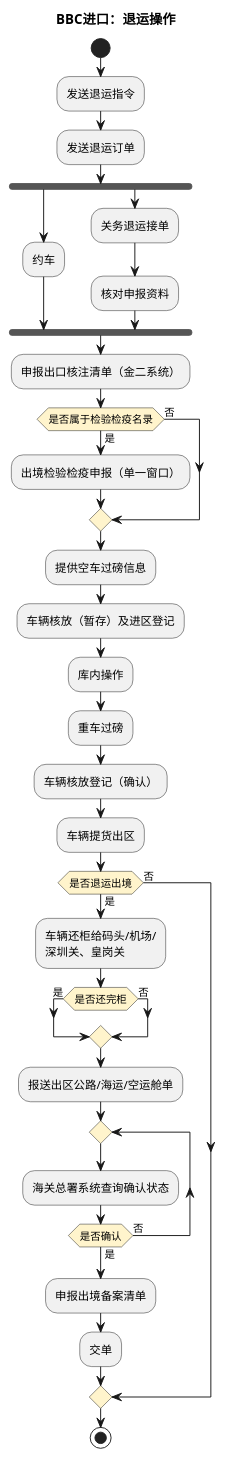
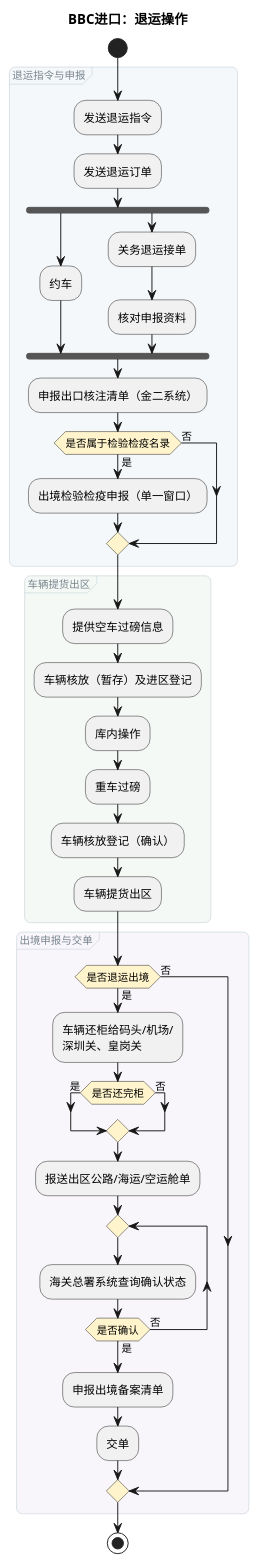
Before and after one commit to jack888332/projects-doc: the eighth of 12 diagrams in product-caliber/goldjet/segmented-prd/mainflow/PRD.高捷物流系统一期.主流程.06.跨境电商BBC进口详细流程.md, drawn with PlantUML. The commit also changed other lines of this file and 16 other files, not shown here.

Commit message:
给DSL图分组

````diff
--- a/product-caliber/goldjet/segmented-prd/mainflow/PRD.高捷物流系统一期.主流程.06.跨境电商BBC进口详细流程.md
+++ b/product-caliber/goldjet/segmented-prd/mainflow/PRD.高捷物流系统一期.主流程.06.跨境电商BBC进口详细流程.md
@@ -301,40 +415,58 @@
 ```plantuml
 @startuml
 skinparam activityDiamondBackgroundColor #FFF4CC
+<style>
+activityDiagram {
+  group {
+    LineColor #CAD5DA
+    LineThickness 0.7
+    RoundCorner 12
+    FontColor #78848D
+    FontSize 11
+    FontStyle plain
+  }
+}
+</style>
 title BBC进口：退运操作
 start
+group 退运指令与申报 #F4F8FA {
 :发送退运指令;
 :发送退运订单;
 fork
   :约车;
 fork again
   :关务退运接单;
   :核对申报资料;
 end fork
 :申报出口核注清单（金二系统）;
 if (是否属于检验检疫名录) then (是)
   :出境检验检疫申报（单一窗口）;
 else (否)
 endif
+}
+group 车辆提货出区 #F5F9F6 {
 :提供空车过磅信息;
 :车辆核放（暂存）及进区登记;
 :库内操作;
 :重车过磅;
 :车辆核放登记（确认）;
 :车辆提货出区;
+}
+group 出境申报与交单 #F8F6FA {
 if (是否退运出境) then (是)
   :车辆还柜给码头/机场/\n深圳关、皇岗关;
   if (是否还完柜) then (是)
   else (否)
   endif
   :报送出区公路/海运/空运舱单;
   repeat
     :海关总署系统查询确认状态;
   repeat while (是否确认) is (否) not (是)
   :申报出境备案清单;
   :交单;
 else (否)
 endif
+}
 stop
 @enduml
 ```
````
